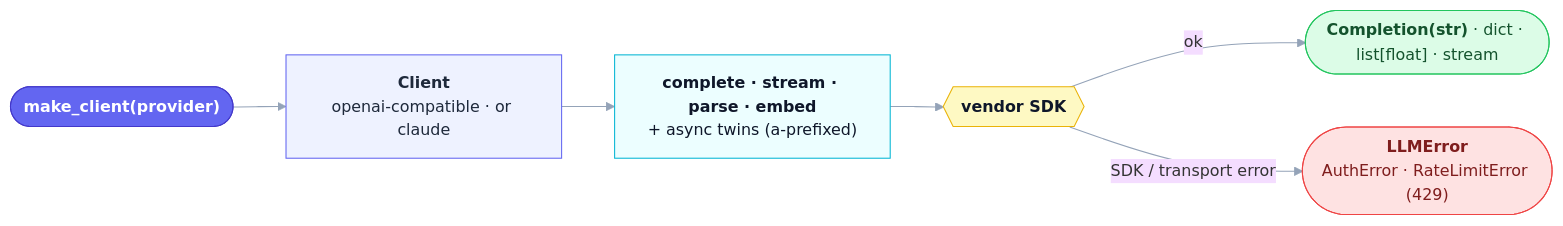
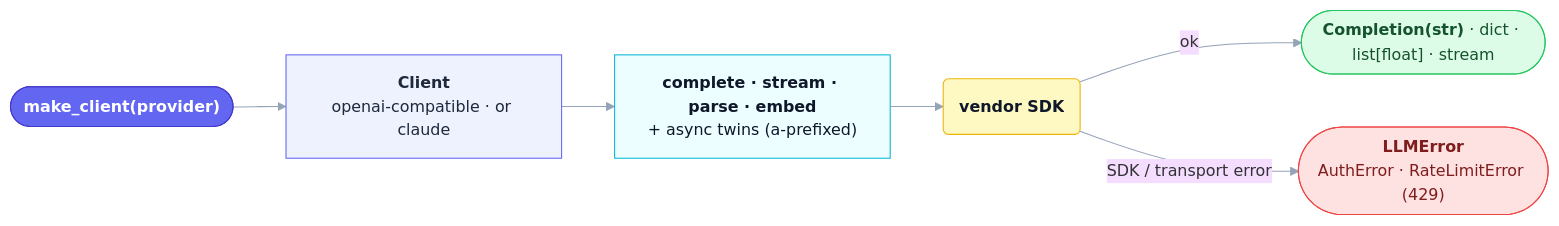
Before and after one commit to seokhoonj/thinchat: the diagram in README.md, drawn with Mermaid. The commit also changed 1 other file, not shown here.

Commit message:
Fix the flow diagram's SDK node clipping its label (hexagon -> rounded box)

````diff
--- a/README.md
+++ b/README.md
@@ -229,19 +229,19 @@
 ```mermaid
 %%{init: {'theme':'base','themeVariables':{'fontSize':'15px','fontFamily':'ui-sans-serif, system-ui, sans-serif','lineColor':'#94a3b8'}}}%%
 flowchart LR
   M(["<b>make_client(provider)</b>"]):::entry
   C["<b>Client</b><br/>openai-compatible · or claude"]:::client
   V["<b>complete · stream · parse · embed</b><br/>+ async twins (a-prefixed)"]:::verb
-  S{{"<b>vendor SDK</b>"}}:::sdk
+  S("<b>vendor SDK</b>"):::sdk
   O(["<b>Completion(str)</b> · dict · list[float] · stream"]):::ok
   E(["<b>LLMError</b><br/>AuthError · RateLimitError (429)"]):::err
   M --> C --> V --> S
   S -->|ok| O
   S -->|"SDK / transport error"| E
   classDef entry  fill:#6366f1,color:#ffffff,stroke:#4338ca,stroke-width:1px;
   classDef client fill:#eef2ff,color:#1e293b,stroke:#6366f1,stroke-width:1px;
   classDef verb   fill:#ecfeff,color:#0f172a,stroke:#06b6d4,stroke-width:1px;
   classDef sdk    fill:#fef9c3,color:#0f172a,stroke:#eab308,stroke-width:1px;
   classDef ok     fill:#dcfce7,color:#14532d,stroke:#22c55e,stroke-width:1px;
   classDef err    fill:#fee2e2,color:#7f1d1d,stroke:#ef4444,stroke-width:1px;
 ```
````
